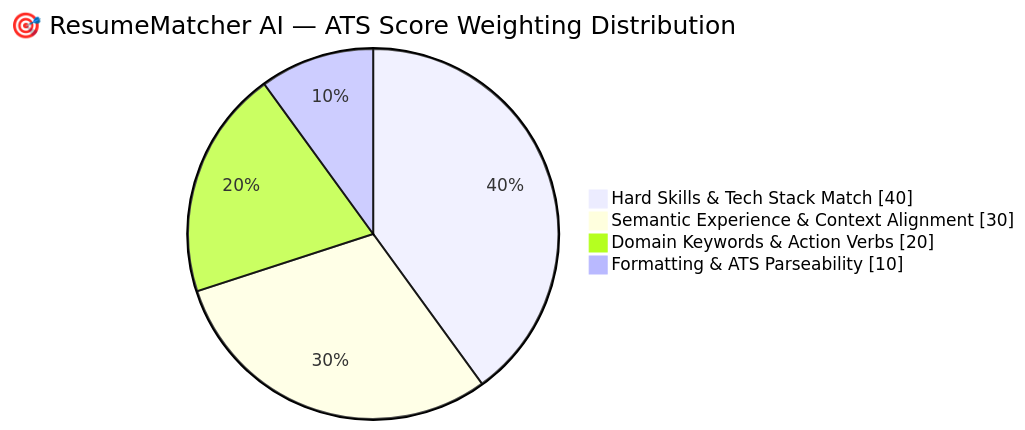
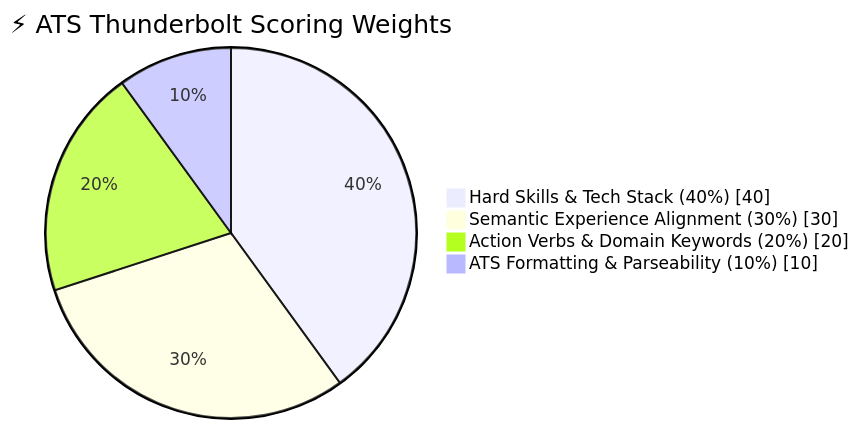
One commit to Adamnazeri/resumematcheraiproject changed the third of 3 diagrams in README.md. Above: the diagram before and after it, drawn with Mermaid. The commit also changed other lines of this file, not shown here.

````diff
--- a/README.md
+++ b/README.md
@@ -166,8 +216,8 @@
 ```mermaid
 pie showData
-    title 🎯 ResumeMatcher AI — ATS Score Weighting Distribution
-    "Hard Skills & Tech Stack Match" : 40
-    "Semantic Experience & Context Alignment" : 30
-    "Domain Keywords & Action Verbs" : 20
-    "Formatting & ATS Parseability" : 10
+    title ⚡ ATS Thunderbolt Scoring Weights
+    "Hard Skills & Tech Stack (40%)" : 40
+    "Semantic Experience Alignment (30%)" : 30
+    "Action Verbs & Domain Keywords (20%)" : 20
+    "ATS Formatting & Parseability (10%)" : 10
 ```
````
